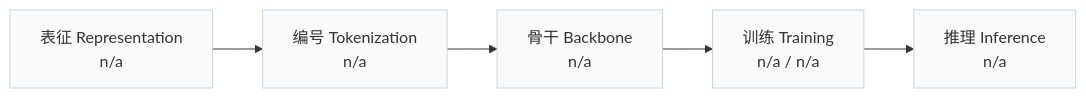
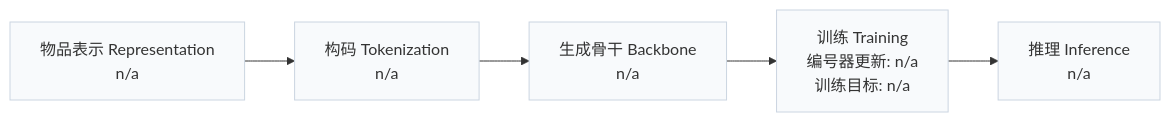
Before and after one commit to Galaxy-ghost/Awesome-SID-Generative-Rec: the first of 2 diagrams in pages/zh/papers/sidscope.md, drawn with Mermaid. The commit also changed other lines of this file and 558 other files, not shown here.

````diff
--- a/pages/zh/papers/sidscope.md
+++ b/pages/zh/papers/sidscope.md
@@ -15,6 +19,6 @@
 ```mermaid
 flowchart LR
-    R["表征 Representation<br/>n/a"] --> T["编号 Tokenization<br/>n/a"] --> B["骨干 Backbone<br/>n/a"] --> TR["训练 Training<br/>n/a / n/a"] --> I["推理 Inference<br/>n/a"]
+    R["物品表示 Representation<br/>n/a"] --> T["构码 Tokenization<br/>n/a"] --> B["生成骨干 Backbone<br/>n/a"] --> TR["训练 Training<br/>编号器更新: n/a<br/>训练目标: n/a"] --> I["推理 Inference<br/>n/a"]
     classDef base fill:#f8fafc,stroke:#cbd5e1
     class R,T,B,TR,I base
 ```
````
